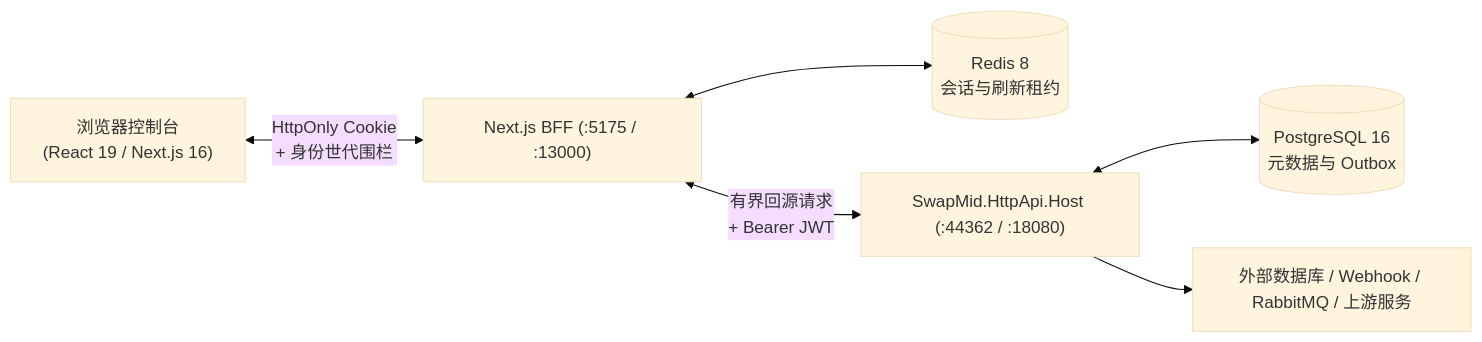
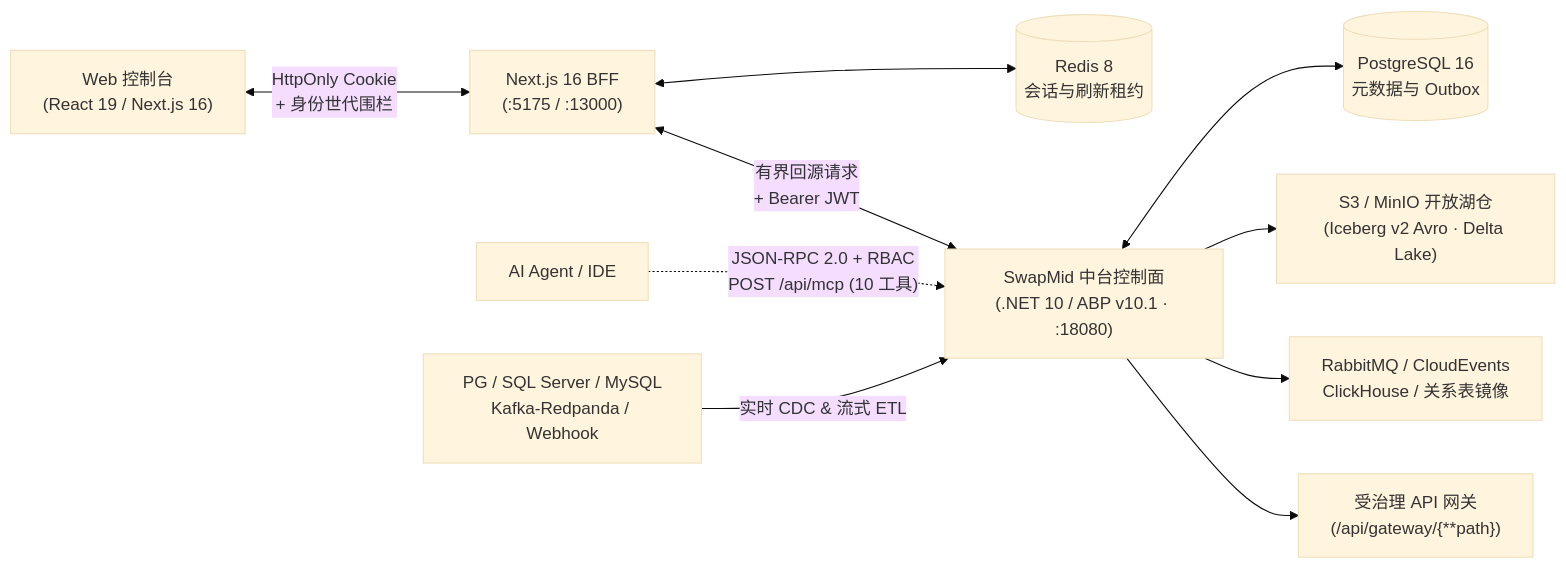
One commit to q871958549/SwapMid changed the diagram in README.zh-CN.md. Above: the diagram before and after it, drawn with Mermaid (base theme). The commit also changed other lines of this file and 73 other files, not shown here.

Commit message:
feat(cdc,lakehouse): ship v2.5.0 Kafka Debezium CDC, Iceberg v2 daily hidden partitioning, 10-tool MCP & terminology guard

````diff
--- a/README.zh-CN.md
+++ b/README.zh-CN.md
@@ -40,8 +31,12 @@
 ```mermaid
 flowchart LR
-  Browser["浏览器控制台\n(React 19 / Next.js 16)"] <-->|"HttpOnly Cookie\n+ 身份世代围栏"| BFF["Next.js BFF (:5175 / :13000)"]
+  Browser["Web 控制台\n(React 19 / Next.js 16)"] <-->|"HttpOnly Cookie\n+ 身份世代围栏"| BFF["Next.js 16 BFF\n(:5175 / :13000)"]
   BFF <--> Redis[("Redis 8\n会话与刷新租约")]
-  BFF <-->|"有界回源请求\n+ Bearer JWT"| Host["SwapMid.HttpApi.Host (:44362 / :18080)"]
-  Host <--> PG[("PostgreSQL 16\n元数据与 Outbox")]
-  Host --> Targets["外部数据库 / Webhook / RabbitMQ / 上游服务"]
+  BFF <-->|"有界回源请求\n+ Bearer JWT"| Core["SwapMid 中台控制面\n(.NET 10 / ABP v10.1 · :18080)"]
+  AI["AI Agent / IDE"] -.->|"JSON-RPC 2.0 + RBAC\nPOST /api/mcp (10 工具)"| Core
+  Core <--> PG[("PostgreSQL 16\n元数据与 Outbox")]
+  Sources["PG / SQL Server / MySQL\nKafka-Redpanda / Webhook"] -->|"实时 CDC & 流式 ETL"| Core
+  Core --> Lake["S3 / MinIO 开放湖仓\n(Iceberg v2 Avro · Delta Lake)"]
+  Core --> Bus["RabbitMQ / CloudEvents\nClickHouse / 关系表镜像"]
+  Core --> Upstreams["受治理 API 网关\n(/api/gateway/{**path})"]
 ```
````
